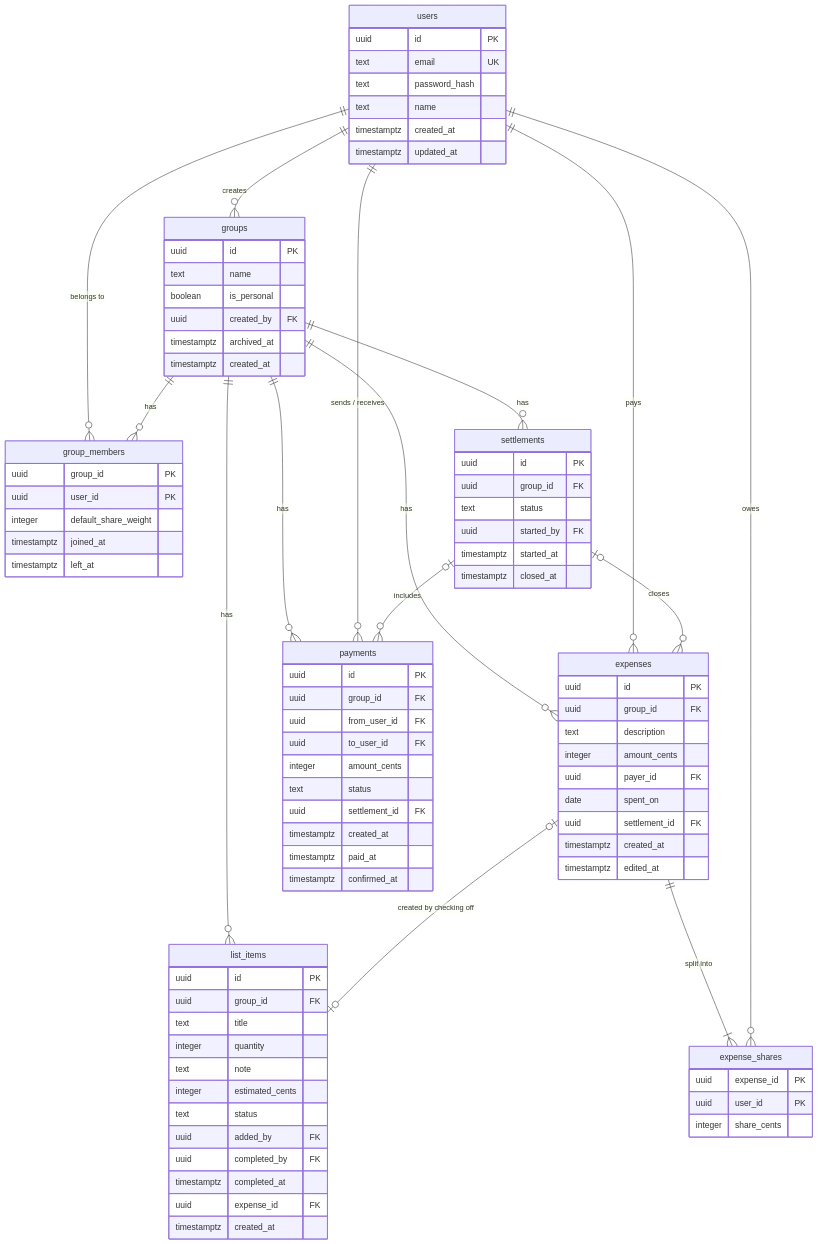
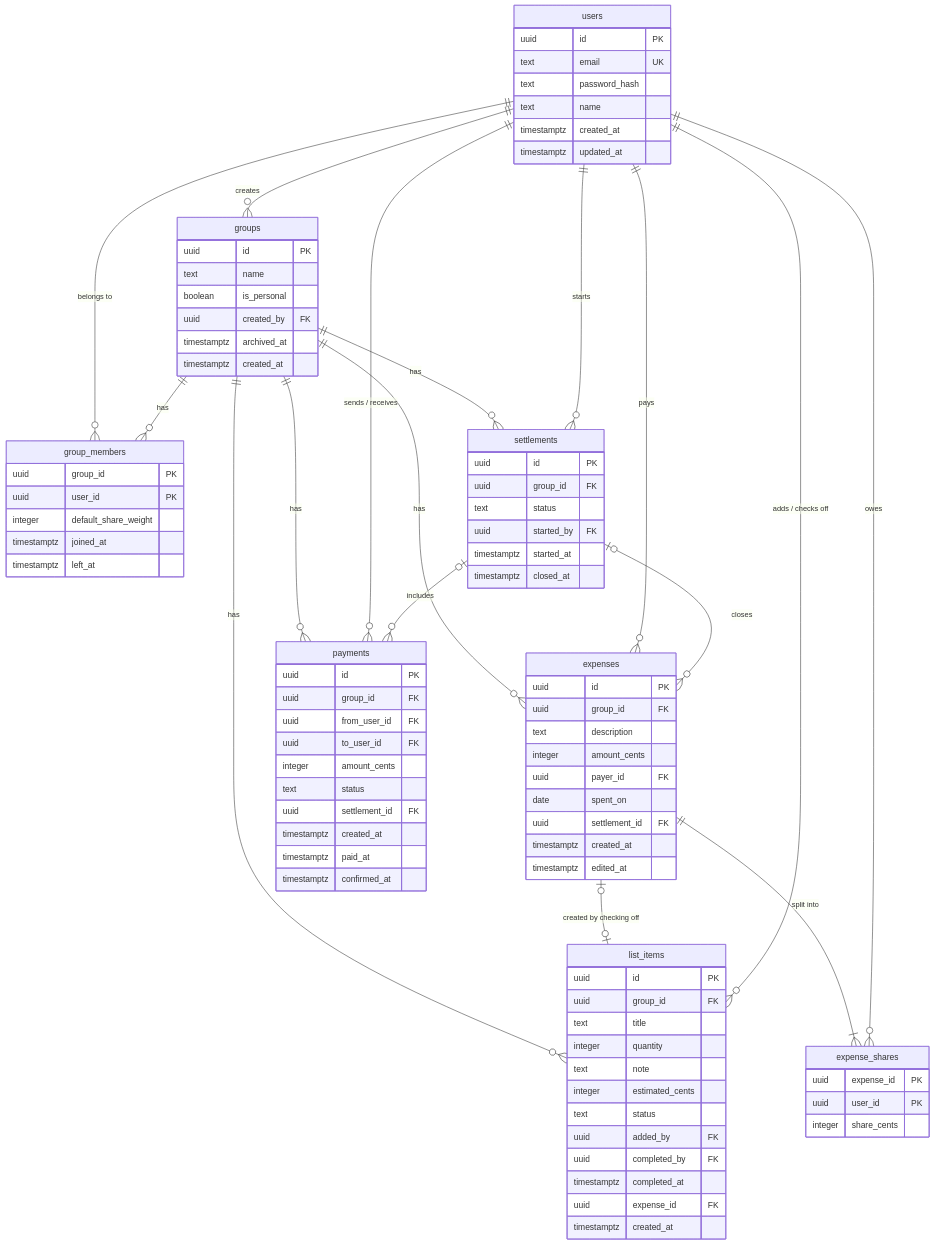
One commit to blouyakis/cs6983-project-2 changed the fourth of 5 diagrams in docs/architecture.md. Above: the diagram before and after it, drawn with Mermaid.

Commit message:
docs: show who adds list items and starts settlements in the ER diagram (#3)

```diff
--- a/docs/architecture.md
+++ b/docs/architecture.md
@@ -135,6 +135,8 @@
   users ||--o{ expense_shares : owes
   expenses |o--o| list_items : "created by checking off"
   users ||--o{ payments : "sends / receives"
+  users ||--o{ list_items : "adds / checks off"
+  users ||--o{ settlements : starts
   settlements |o--o{ expenses : closes
   settlements |o--o{ payments : includes
 
```
